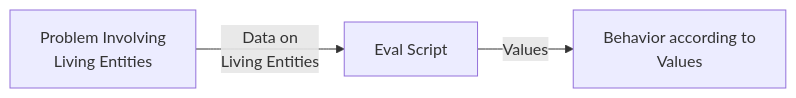
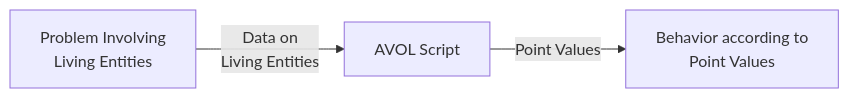
One commit to Dayruke/Algorithmic-Value-Of-Life changed the diagram in README.md. Above: the diagram before and after it, drawn with Mermaid. The commit also changed other lines of this file, not shown here.

Commit message:
Corrected term use: `point value`

`````diff
--- a/README.md
+++ b/README.md
@@ -26,8 +26,8 @@
 ```mermaid
 graph LR
 1["Problem Involving<br>Living Entities"]
-2["Eval Script"]
-3["Behavior according to<br>Values"]
+2["AVOL Script"]
+3["Behavior according to<br>Point Values"]
 1--"Data on<br>Living Entities"-->2
-2--Values-->3
+2--Point Values-->3
 ````
`````
